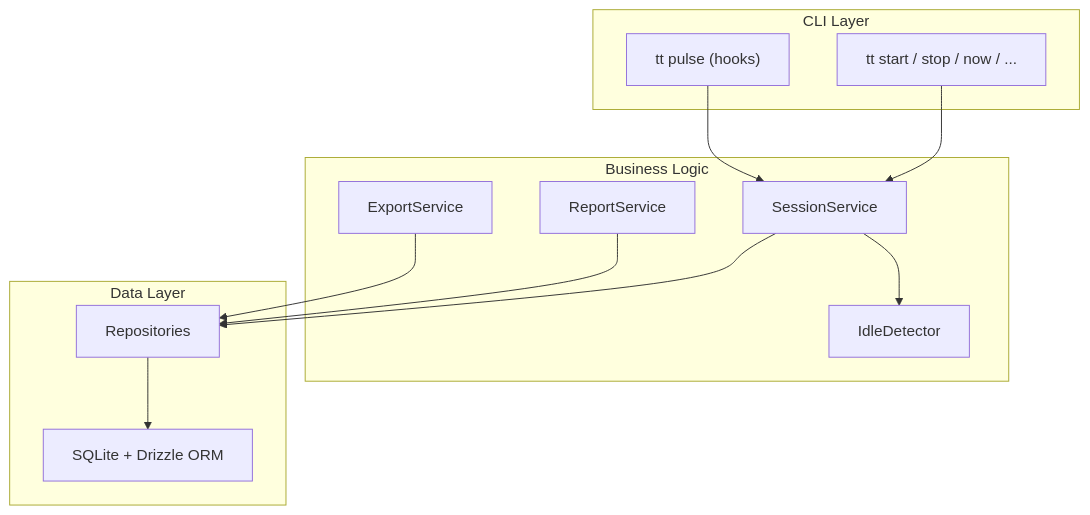
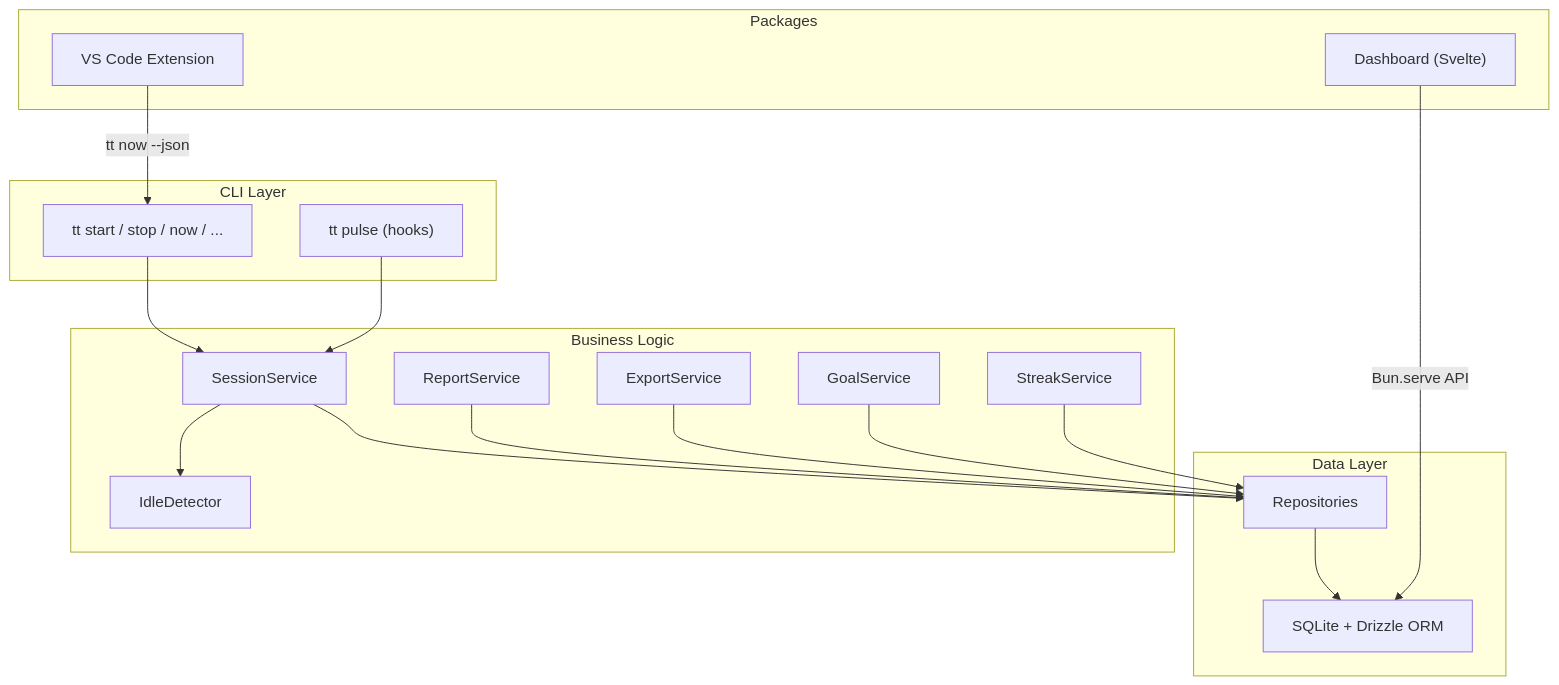
One commit to aiwithabidi/time-tracker changed the second of 3 diagrams in README.md. Above: the diagram before and after it, drawn with Mermaid. The commit also changed other lines of this file, not shown here.

First line of the commit message:
docs: update README for v0.3.0 with goals, VS Code extension, and dashboard

````diff
--- a/README.md
+++ b/README.md
@@ -130,27 +261,38 @@
 ```mermaid
 graph TD
     subgraph CLI["CLI Layer"]
         A["tt start / stop / now / ..."]
         B["tt pulse (hooks)"]
     end
 
     subgraph Core["Business Logic"]
         C["SessionService"]
         D["IdleDetector"]
         E["ReportService"]
         F["ExportService"]
+        G2["GoalService"]
+        H2["StreakService"]
     end
 
     subgraph Data["Data Layer"]
         G["Repositories"]
         H["SQLite + Drizzle ORM"]
+    end
+
+    subgraph Packages["Packages"]
+        I["VS Code Extension"]
+        J["Dashboard (Svelte)"]
     end
 
     A --> C
     B --> C
     C --> D
     C --> G
     E --> G
     F --> G
+    G2 --> G
+    H2 --> G
     G --> H
+    I -->|tt now --json| A
+    J -->|Bun.serve API| H
 ```
````
